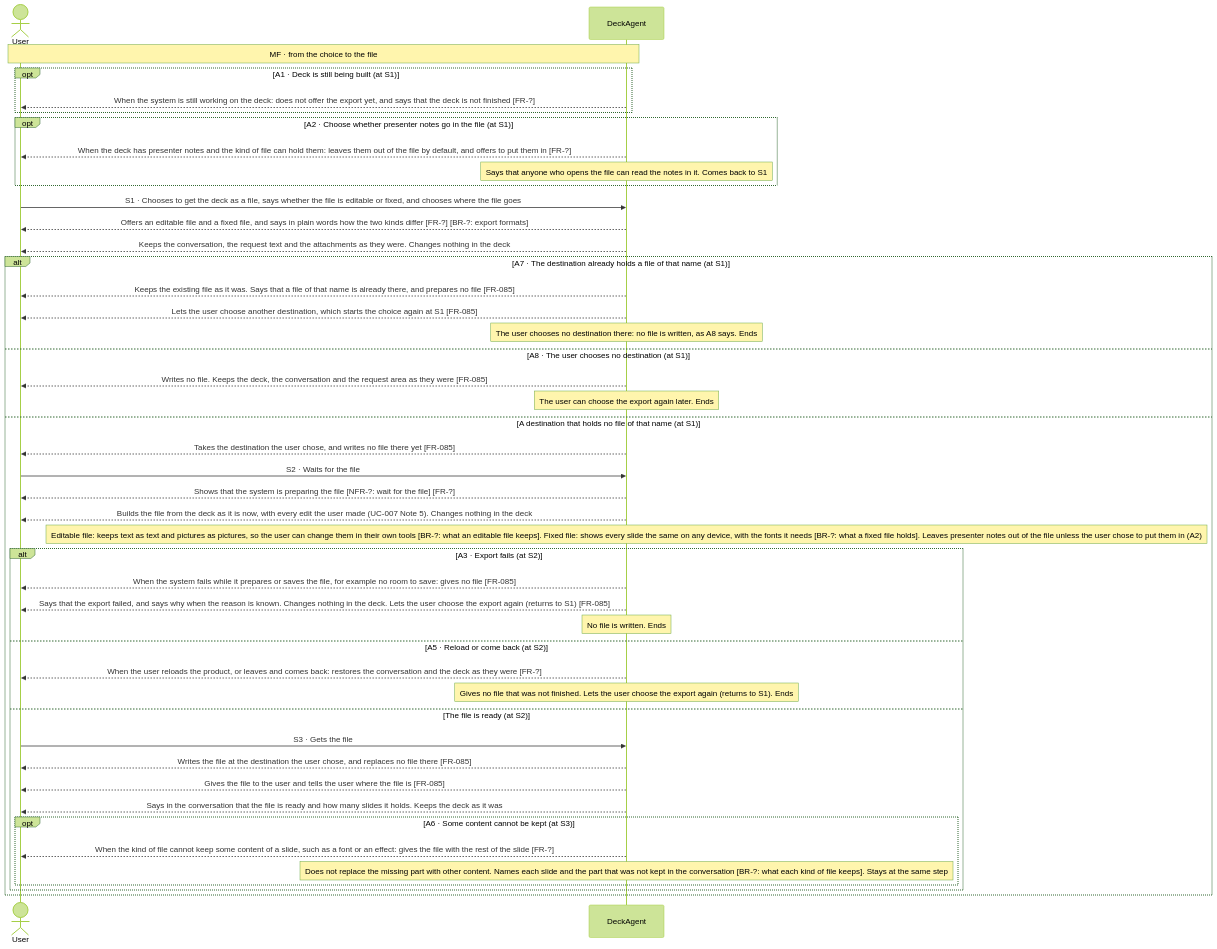
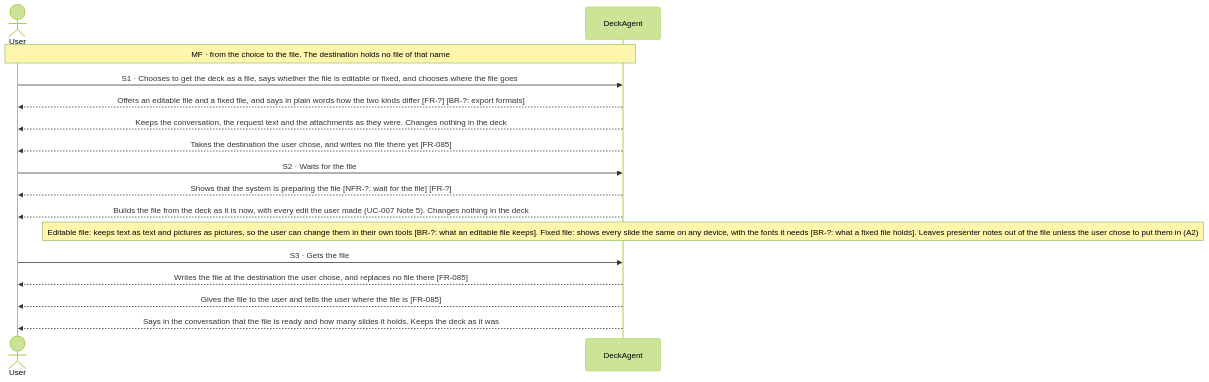
The first of 8 diagrams in docs/spec/03-use-cases/UC-004.md (Luke23127006/DeckAgent), drawn with Mermaid (forest theme) before and after one commit. The commit also changed other lines of this file and 25 other files, not shown here.

Commit message:
docs(spec): restructure use cases with main flow first

````diff
--- a/docs/spec/03-use-cases/UC-004.md
+++ b/docs/spec/03-use-cases/UC-004.md
@@ -40,47 +40,18 @@
 ```mermaid
 sequenceDiagram
     actor User
     participant DeckAgent
-    Note over User,DeckAgent: MF · from the choice to the file
-    opt A1 · Deck is still being built (at S1)
-        DeckAgent-->>User: When the system is still working on the deck: does not offer the export yet, and says that the deck is not finished [FR-?]
-    end
-    opt A2 · Choose whether presenter notes go in the file (at S1)
-        DeckAgent-->>User: When the deck has presenter notes and the kind of file can hold them: leaves them out of the file by default, and offers to put them in [FR-?]
-        note over DeckAgent: Says that anyone who opens the file can read the notes in it. Comes back to S1
-    end
+    Note over User,DeckAgent: MF · from the choice to the file. The destination holds no file of that name
     User->>DeckAgent: S1 · Chooses to get the deck as a file, says whether the file is editable or fixed, and chooses where the file goes
     DeckAgent-->>User: Offers an editable file and a fixed file, and says in plain words how the two kinds differ [FR-?] [BR-?: export formats]
     DeckAgent-->>User: Keeps the conversation, the request text and the attachments as they were. Changes nothing in the deck
-    alt A7 · The destination already holds a file of that name (at S1)
-        DeckAgent-->>User: Keeps the existing file as it was. Says that a file of that name is already there, and prepares no file [FR-085]
-        DeckAgent-->>User: Lets the user choose another destination, which starts the choice again at S1 [FR-085]
-        note over DeckAgent: The user chooses no destination there: no file is written, as A8 says. Ends
-    else A8 · The user chooses no destination (at S1)
-        DeckAgent-->>User: Writes no file. Keeps the deck, the conversation and the request area as they were [FR-085]
-        note over DeckAgent: The user can choose the export again later. Ends
-    else A destination that holds no file of that name (at S1)
-        DeckAgent-->>User: Takes the destination the user chose, and writes no file there yet [FR-085]
-        User->>DeckAgent: S2 · Waits for the file
-        DeckAgent-->>User: Shows that the system is preparing the file [NFR-?: wait for the file] [FR-?]
-        DeckAgent-->>User: Builds the file from the deck as it is now, with every edit the user made (UC-007 Note 5). Changes nothing in the deck
-        note over DeckAgent: Editable file: keeps text as text and pictures as pictures, so the user can change them in their own tools [BR-?: what an editable file keeps]. Fixed file: shows every slide the same on any device, with the fonts it needs [BR-?: what a fixed file holds]. Leaves presenter notes out of the file unless the user chose to put them in (A2)
-        alt A3 · Export fails (at S2)
-            DeckAgent-->>User: When the system fails while it prepares or saves the file, for example no room to save: gives no file [FR-085]
-            DeckAgent-->>User: Says that the export failed, and says why when the reason is known. Changes nothing in the deck. Lets the user choose the export again (returns to S1) [FR-085]
-            note over DeckAgent: No file is written. Ends
-        else A5 · Reload or come back (at S2)
-            DeckAgent-->>User: When the user reloads the product, or leaves and comes back: restores the conversation and the deck as they were [FR-?]
-            note over DeckAgent: Gives no file that was not finished. Lets the user choose the export again (returns to S1). Ends
-        else The file is ready (at S2)
-            User->>DeckAgent: S3 · Gets the file
-            DeckAgent-->>User: Writes the file at the destination the user chose, and replaces no file there [FR-085]
-            DeckAgent-->>User: Gives the file to the user and tells the user where the file is [FR-085]
-            DeckAgent-->>User: Says in the conversation that the file is ready and how many slides it holds. Keeps the deck as it was
-            opt A6 · Some content cannot be kept (at S3)
-                DeckAgent-->>User: When the kind of file cannot keep some content of a slide, such as a font or an effect: gives the file with the rest of the slide [FR-?]
-                note over DeckAgent: Does not replace the missing part with other content. Names each slide and the part that was not kept in the conversation [BR-?: what each kind of file keeps]. Stays at the same step
-            end
-        end
-    end
+    DeckAgent-->>User: Takes the destination the user chose, and writes no file there yet [FR-085]
+    User->>DeckAgent: S2 · Waits for the file
+    DeckAgent-->>User: Shows that the system is preparing the file [NFR-?: wait for the file] [FR-?]
+    DeckAgent-->>User: Builds the file from the deck as it is now, with every edit the user made (UC-007 Note 5). Changes nothing in the deck
+    note over DeckAgent: Editable file: keeps text as text and pictures as pictures, so the user can change them in their own tools [BR-?: what an editable file keeps]. Fixed file: shows every slide the same on any device, with the fonts it needs [BR-?: what a fixed file holds]. Leaves presenter notes out of the file unless the user chose to put them in (A2)
+    User->>DeckAgent: S3 · Gets the file
+    DeckAgent-->>User: Writes the file at the destination the user chose, and replaces no file there [FR-085]
+    DeckAgent-->>User: Gives the file to the user and tells the user where the file is [FR-085]
+    DeckAgent-->>User: Says in the conversation that the file is ready and how many slides it holds. Keeps the deck as it was
 ```
````
